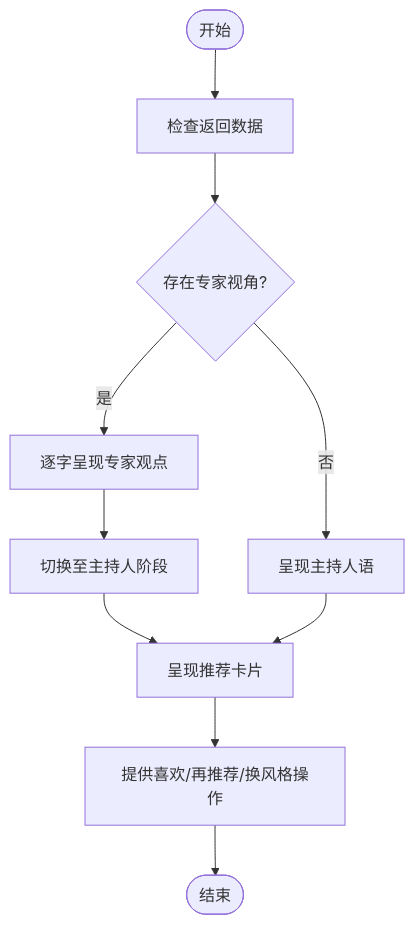
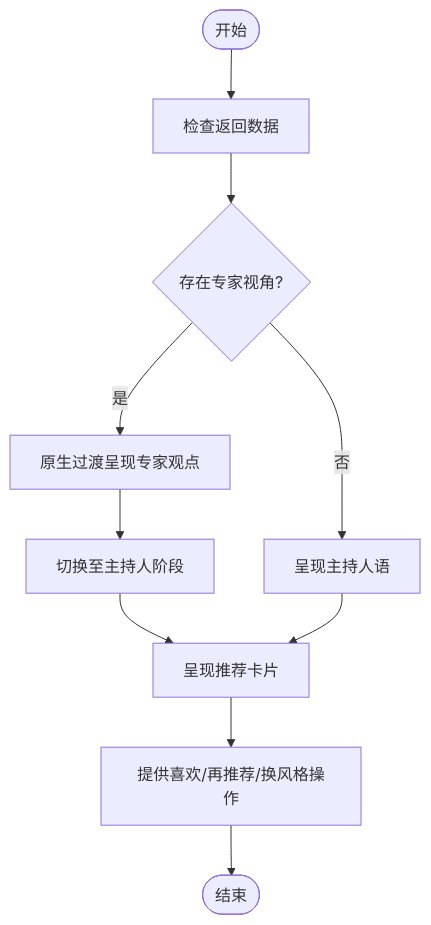
Before and after one commit to Jason-6300/JoyMate: the fifth of 7 diagrams in .qoder/repowiki/zh/content/架构设计/前端架构设计.md, drawn with Mermaid. The commit also changed other lines of this file and 7 other files, not shown here.

````diff
--- a/.qoder/repowiki/zh/content/架构设计/前端架构设计.md
+++ b/.qoder/repowiki/zh/content/架构设计/前端架构设计.md
@@ -267,12 +300,12 @@
 ```mermaid
 flowchart TD
 Start(["开始"]) --> CheckData["检查返回数据"]
 CheckData --> HasPersonas{"存在专家视角?"}
-HasPersonas --> |是| ShowPersonas["逐字呈现专家观点"]
+HasPersonas --> |是| ShowPersonas["原生过渡呈现专家观点"]
 HasPersonas --> |否| ShowHost["呈现主持人语"]
 ShowPersonas --> HostStage["切换至主持人阶段"]
 HostStage --> ShowGames["呈现推荐卡片"]
 ShowHost --> ShowGames
 ShowGames --> Actions["提供喜欢/再推荐/换风格操作"]
 Actions --> End(["结束"])
 ```
````
